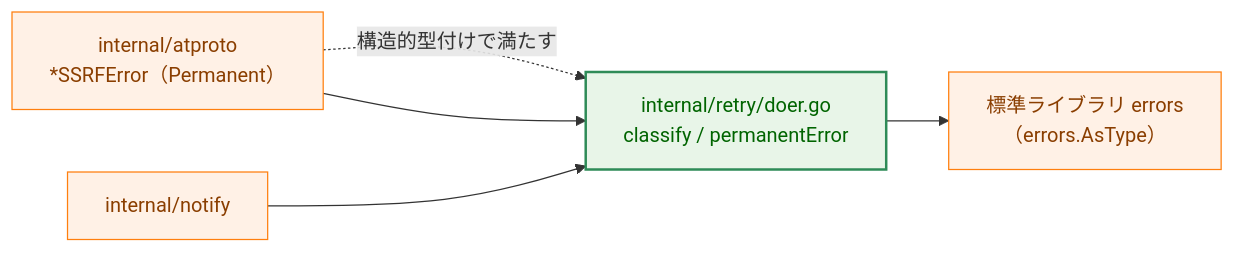
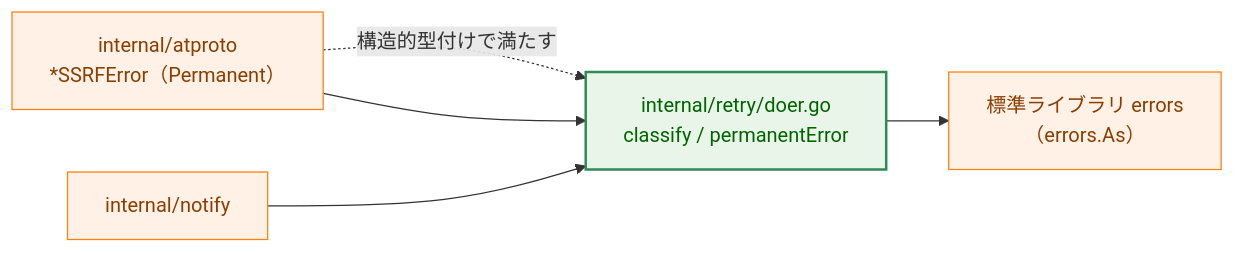
One commit to isseis/bsky-cleaner changed the third of 8 diagrams in docs/tasks/0016_retry_wrapped_permanent_error/02_architecture.md. Above: the diagram before and after it, drawn with Mermaid. The commit also changed other lines of this file and 1 other file, not shown here.

First line of the commit message:
docs(0016): correct errors.As API wording and sync 0015 retry-behavior prose

````diff
--- a/docs/tasks/0016_retry_wrapped_permanent_error/02_architecture.md
+++ b/docs/tasks/0016_retry_wrapped_permanent_error/02_architecture.md
@@ -82,18 +82,18 @@
 ```mermaid
 flowchart LR
     classDef process fill:#fff1e6,stroke:#ff7f0e,stroke-width:1px,color:#8a3e00;
     classDef enhanced fill:#e8f5e8,stroke:#2e8b57,stroke-width:2px,color:#006400;
 
     ATP["internal/atproto<br>*SSRFError（Permanent）"]
     NTF["internal/notify"]
     DOER["internal/retry/doer.go<br>classify / permanentError"]
-    STD["標準ライブラリ errors<br>（errors.AsType）"]
+    STD["標準ライブラリ errors<br>（errors.As）"]
 
     ATP -.->|"構造的型付けで満たす"| DOER
     NTF --> DOER
     ATP --> DOER
     DOER --> STD
 
     class DOER enhanced
     class ATP,NTF,STD process
 ```
````
